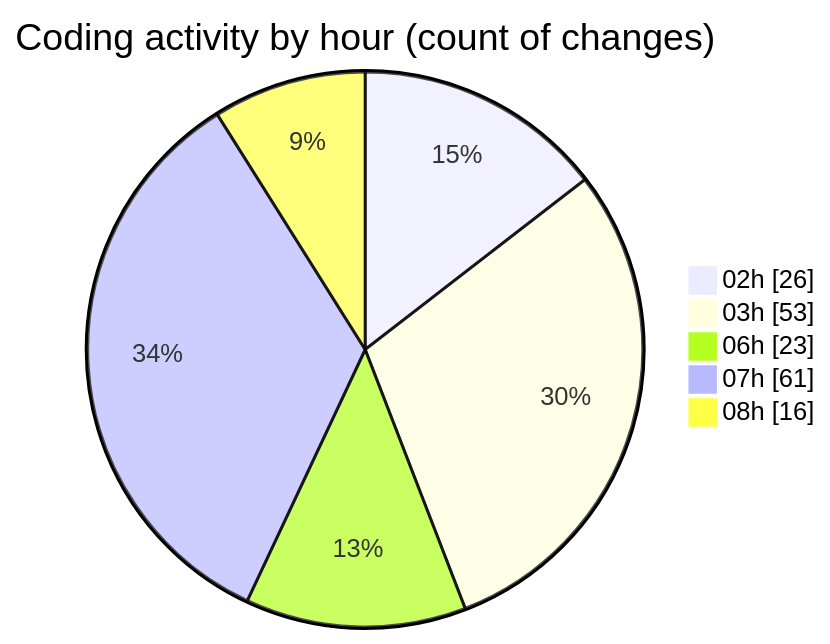
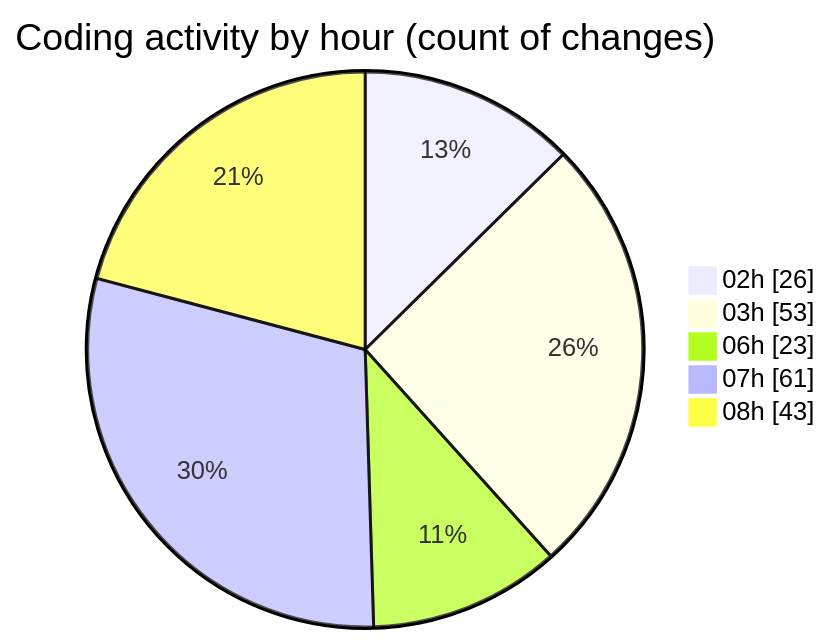
Before and after one commit to charlie-sans/code-tracking: the second of 2 diagrams in 2025-02-22/micros/README.md, drawn with Mermaid. The commit also changed other lines of this file and 1 other file, not shown here.

````diff
--- a/2025-02-22/micros/README.md
+++ b/2025-02-22/micros/README.md
@@ -73,9 +73,9 @@
 ```mermaid
 pie showData
 title Coding activity by hour (count of changes)
 "02h" : 26
 "03h" : 53
 "06h" : 23
 "07h" : 61
-"08h" : 16
+"08h" : 43
 ```
````
